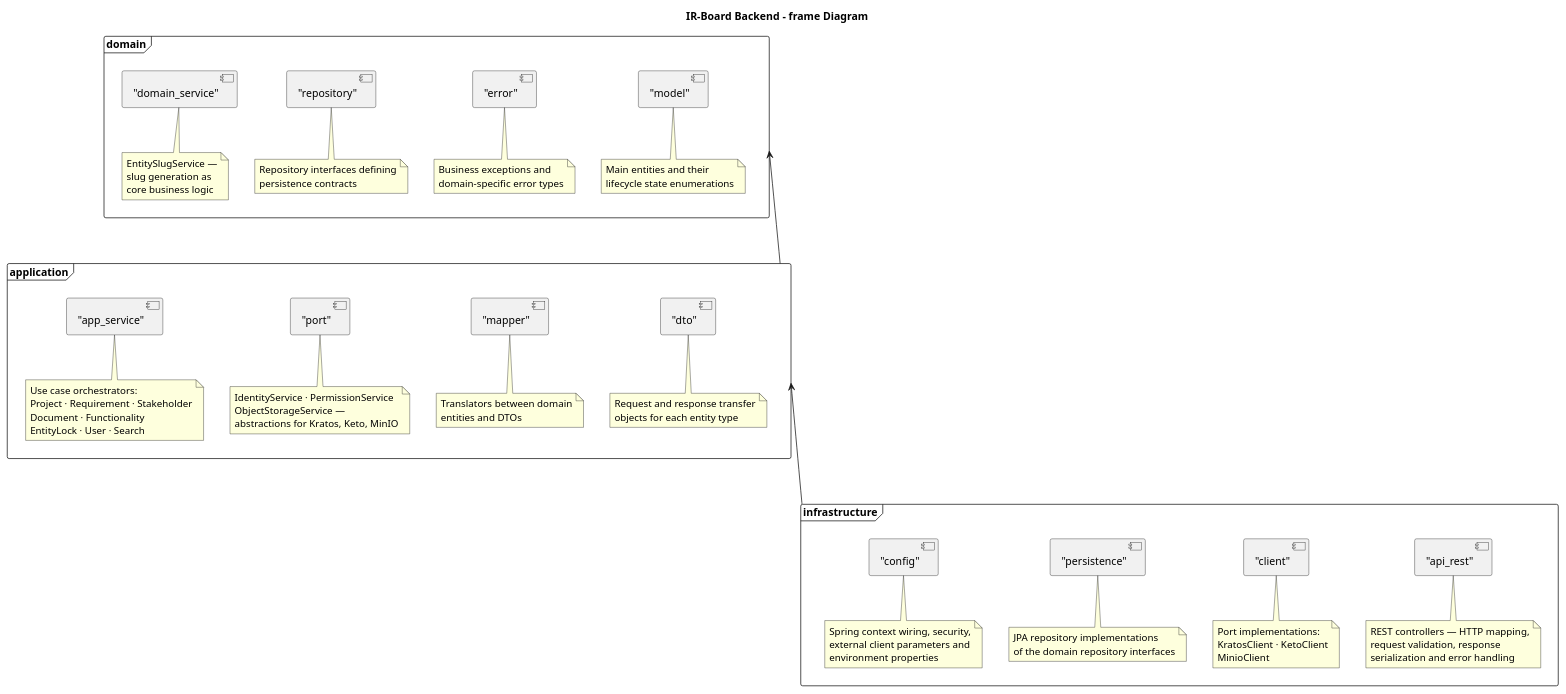
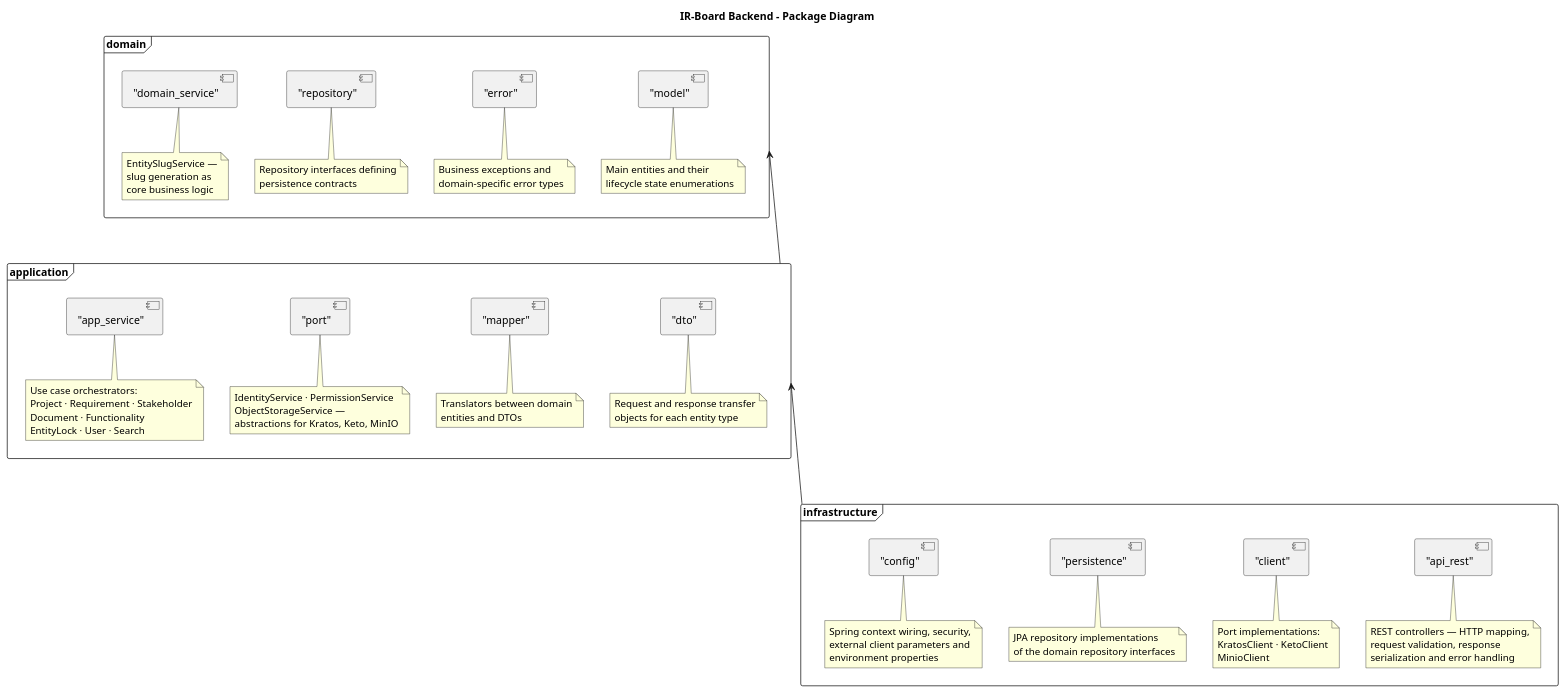
Before and after one commit to Y4vra/IRBoard: the diagram in docs/assets/diagrams/plantUML/backendPackageDiagram.puml, drawn with PlantUML. The commit also changed 5 other files, not shown here.

Commit message:
docs: adds frontend package diagram

```diff
--- a/docs/assets/diagrams/plantUML/backendPackageDiagram.puml
+++ b/docs/assets/diagrams/plantUML/backendPackageDiagram.puml
@@ -1,94 +1,94 @@
-@startuml backendframeDiagram
-title IR-Board Backend – frame Diagram
+@startuml backendPackageDiagram
+title IR-Board Backend – Package Diagram
 
 top to bottom direction
 
 frame "domain" as domain {
     ["model"] as model
     note bottom of model
         Main entities and their
         lifecycle state enumerations
     end note
 
     ["error"] as error
     note bottom of error
         Business exceptions and
         domain-specific error types
     end note
 
     ["repository"] as repository
     note bottom of repository
         Repository interfaces defining
         persistence contracts
     end note
 
     ["domain_service"] as domain_service
     note bottom of domain_service
         EntitySlugService —
         slug generation as
         core business logic
     end note
 }
 
 frame "application" as application {
     ["dto"] as dto
     note bottom of dto
         Request and response transfer
         objects for each entity type
     end note
 
     ["mapper"] as mapper
     note bottom of mapper
         Translators between domain
         entities and DTOs
     end note
 
     ["port"] as port
     note bottom of port
         IdentityService · PermissionService
         ObjectStorageService —
         abstractions for Kratos, Keto, MinIO
     end note
 
     ["app_service"] as app_service
     note bottom of app_service
         Use case orchestrators:
         Project · Requirement · Stakeholder
         Document · Functionality
         EntityLock · User · Search
     end note
 }
 
 frame "infrastructure" as infrastructure {
     ["api_rest"] as api_rest
     note bottom of api_rest
         REST controllers — HTTP mapping,
         request validation, response
         serialization and error handling
     end note
 
     ["client"] as client
     note bottom of client
         Port implementations:
         KratosClient · KetoClient
         MinioClient
     end note
 
     ["persistence"] as persistence
     note bottom of persistence
         JPA repository implementations
         of the domain repository interfaces
     end note
 
     ["config"] as config
     note bottom of config
         Spring context wiring, security,
         external client parameters and
         environment properties
     end note
 }
 
 application --up--> domain 
 infrastructure --up--> application
 
 @enduml
```
